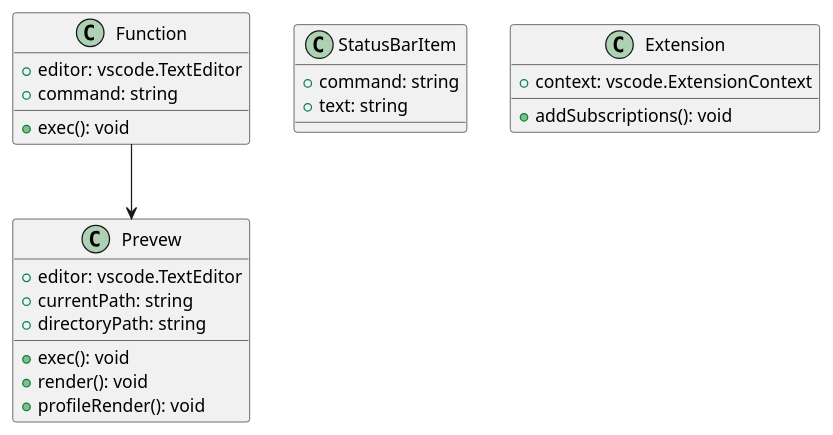
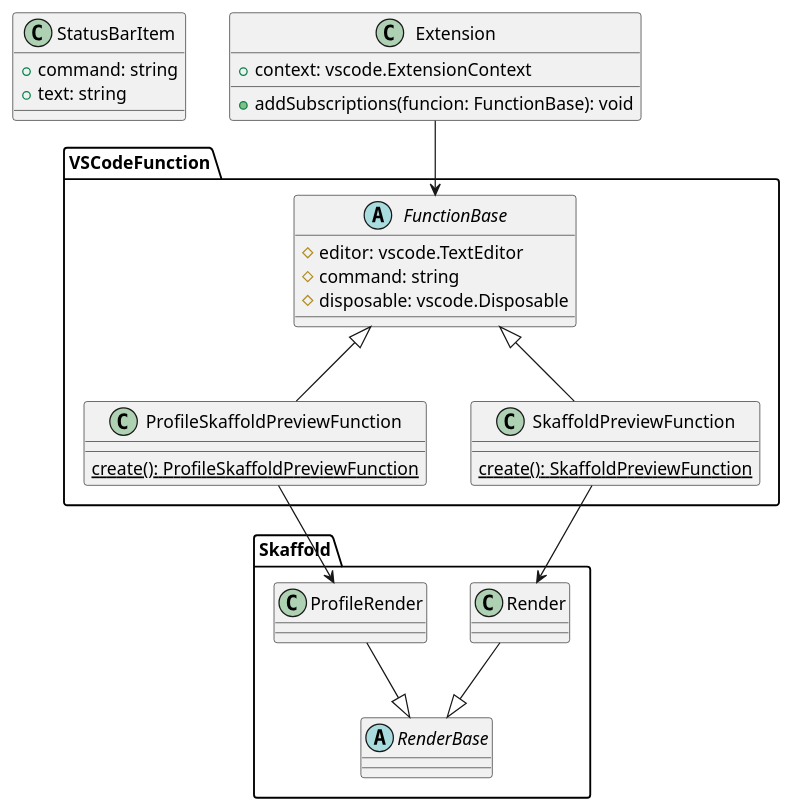
The diagram in docs/architechture.pu (maaaashi/skaffold-preview), drawn with PlantUML before and after one commit.

Commit message:
:octocat: class :octocat:

```diff
--- a/docs/architechture.pu
+++ b/docs/architechture.pu
@@ -1,31 +1,54 @@
 @startuml Architechture
 
-class Function {
-  + editor: vscode.TextEditor
-  + command: string
-  + exec(): void
+package VSCodeFunction {
+  abstract class FunctionBase {
+    # editor: vscode.TextEditor
+    # command: string
+    # disposable: vscode.Disposable
+  }
+
+  class SkaffoldPreviewFunction {
+    {static} create(): SkaffoldPreviewFunction
+  }
+
+  class ProfileSkaffoldPreviewFunction {
+    {static} create(): ProfileSkaffoldPreviewFunction
+  }
 }
 
-class Prevew {
-  + editor: vscode.TextEditor
-  + currentPath: string
-  + directoryPath: string
+FunctionBase <|-- SkaffoldPreviewFunction
+FunctionBase <|-- ProfileSkaffoldPreviewFunction
 
-  + exec(): void
-  + render(): void
-  + profileRender(): void
+package Skaffold {
+  abstract class RenderBase {
+
+  }
+
+  class ProfileRender {
+
+  }
+
+  class Render {
+
+  }
+
+  RenderBase <|-up- Render
+  RenderBase <|-up- ProfileRender
 }
+
+Render <-up- SkaffoldPreviewFunction
+ProfileRender <-up- ProfileSkaffoldPreviewFunction
 
 class StatusBarItem {
   + command: string
   + text: string
 }
 
 class Extension {
   + context: vscode.ExtensionContext
-  + addSubscriptions(): void
+  + addSubscriptions(funcion: FunctionBase): void
 }
 
-Function --> Prevew
+Extension -down-> FunctionBase
 
 @enduml
```
